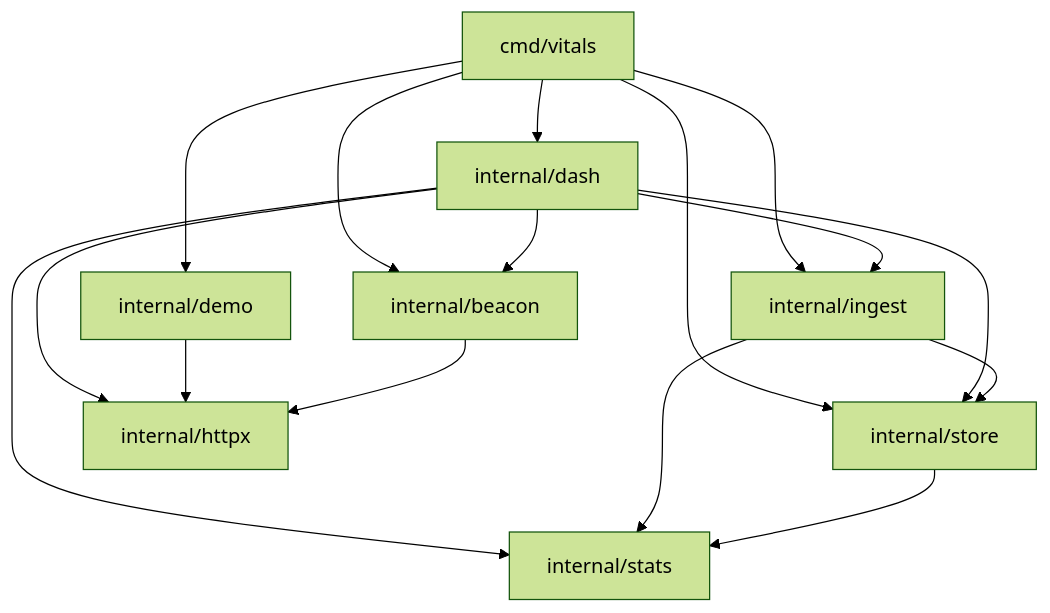
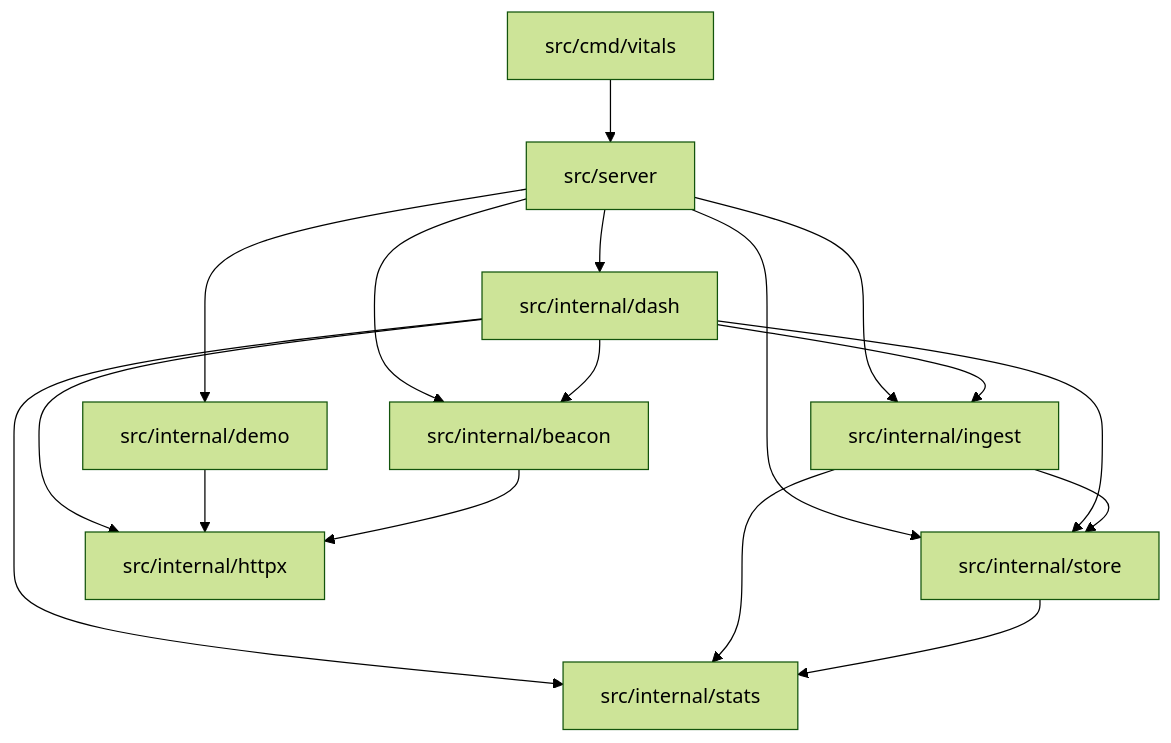
Before and after one commit to ikeshavvarshney/vitals: the second of 5 diagrams in docs/architecture.md, drawn with Mermaid (forest theme). The commit also changed other lines of this file and 79 other files, not shown here.

````diff
--- a/docs/architecture.md
+++ b/docs/architecture.md
@@ -65,27 +72,29 @@
 ```mermaid
 flowchart TD
-    cmd["cmd/vitals"]
-    dash["internal/dash"]
-    demo["internal/demo"]
-    beacon["internal/beacon"]
-    ingest["internal/ingest"]
-    store["internal/store"]
-    stats["internal/stats"]
-    httpx["internal/httpx"]
+    cmd["src/cmd/vitals"]
+    srv["src/server"]
+    dash["src/internal/dash"]
+    demo["src/internal/demo"]
+    beacon["src/internal/beacon"]
+    ingest["src/internal/ingest"]
+    store["src/internal/store"]
+    stats["src/internal/stats"]
+    httpx["src/internal/httpx"]
 
-    cmd --> dash
-    cmd --> demo
-    cmd --> beacon
-    cmd --> ingest
-    cmd --> store
+    cmd --> srv
+    srv --> dash
+    srv --> demo
+    srv --> beacon
+    srv --> ingest
+    srv --> store
     dash --> store
     dash --> stats
     dash --> ingest
     dash --> beacon
     dash --> httpx
     demo --> httpx
     beacon --> httpx
     ingest --> store
     ingest --> stats
     store --> stats
 ```
````
